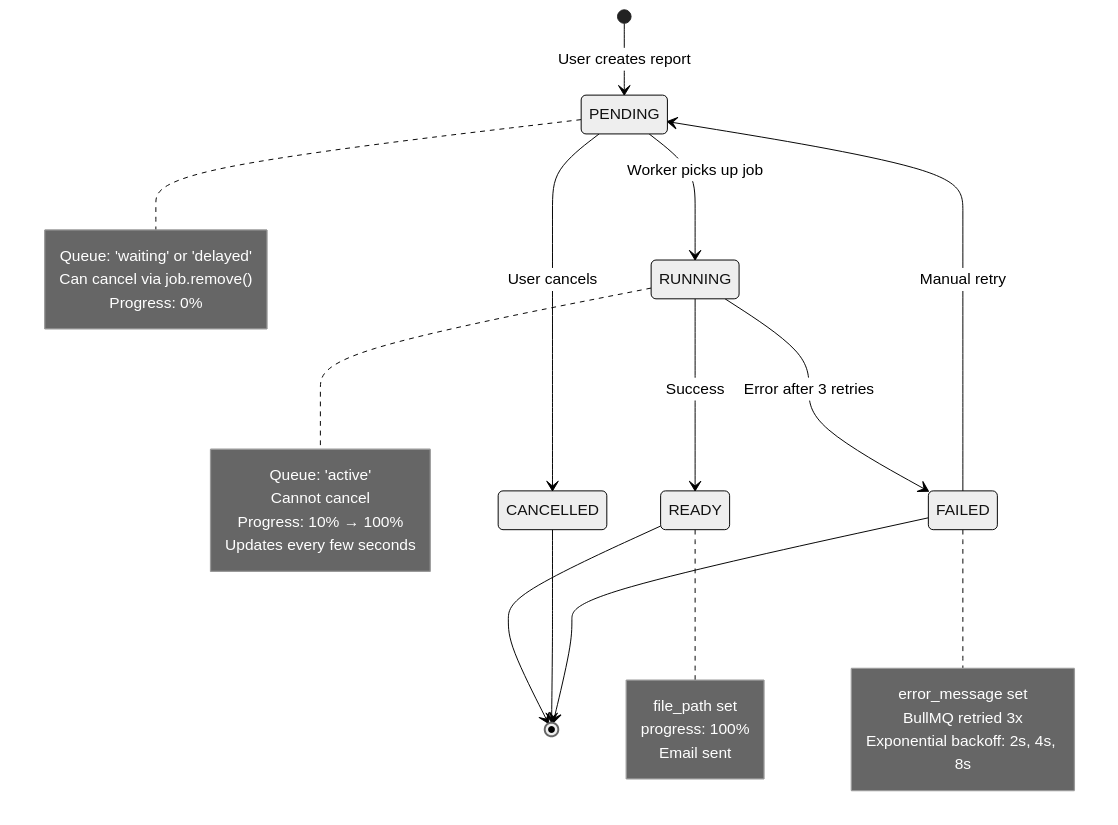
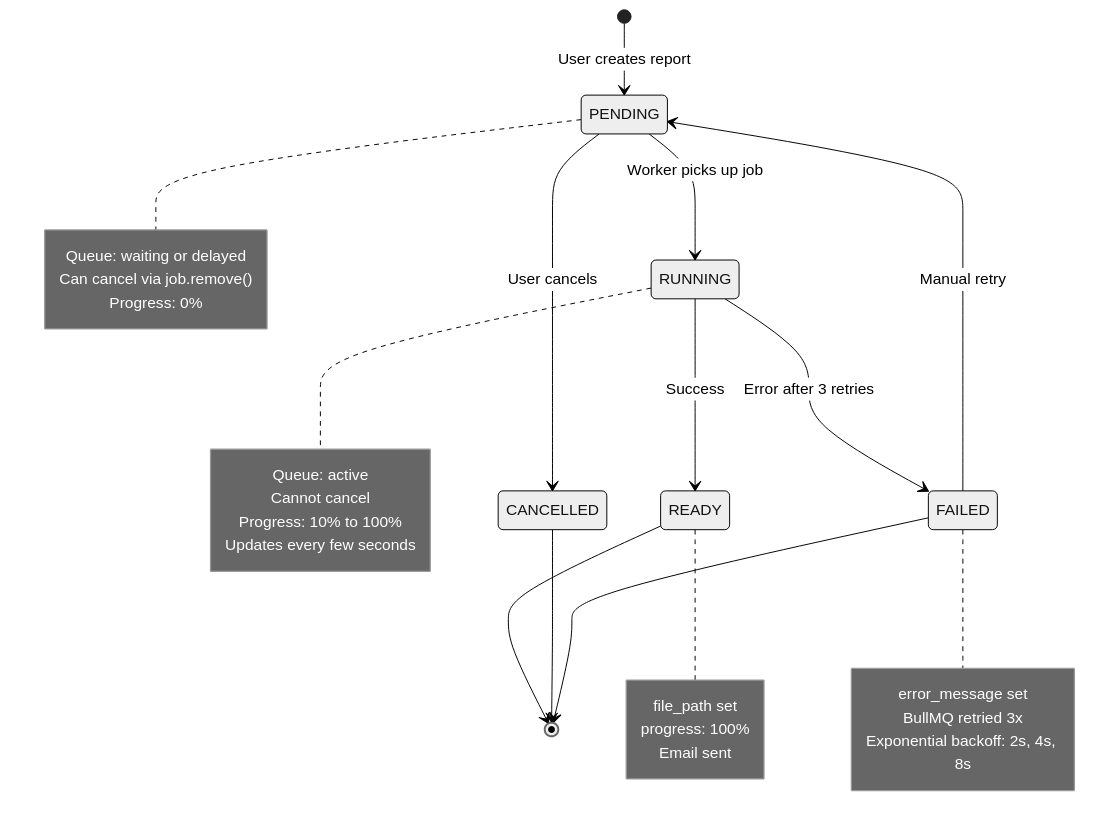
The third of 4 diagrams in README.md (berTrindade/bullmq-report-generator), drawn with Mermaid (neutral theme) before and after one commit. The commit also changed other lines of this file, not shown here.

First line of the commit message:
fix: improve Mermaid diagram rendering on GitHub

````diff
--- a/README.md
+++ b/README.md
@@ -173,41 +163,41 @@
 ```mermaid
 stateDiagram-v2
     [*] --> PENDING: User creates report
     
     PENDING --> RUNNING: Worker picks up job
     PENDING --> CANCELLED: User cancels
     
     RUNNING --> READY: Success
     RUNNING --> FAILED: Error after 3 retries
     
     FAILED --> PENDING: Manual retry
     
     READY --> [*]
     CANCELLED --> [*]
     FAILED --> [*]
     
     note right of PENDING
-        Queue: 'waiting' or 'delayed'
+        Queue: waiting or delayed
         Can cancel via job.remove()
         Progress: 0%
     end note
     
     note right of RUNNING
-        Queue: 'active'
+        Queue: active
         Cannot cancel
-        Progress: 10% → 100%
+        Progress: 10% to 100%
         Updates every few seconds
     end note
     
     note right of READY
         file_path set
         progress: 100%
         Email sent
     end note
     
     note right of FAILED
         error_message set
         BullMQ retried 3x
         Exponential backoff: 2s, 4s, 8s
     end note
 ```
````
